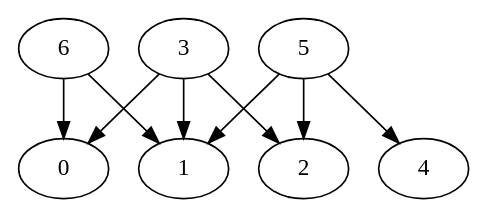
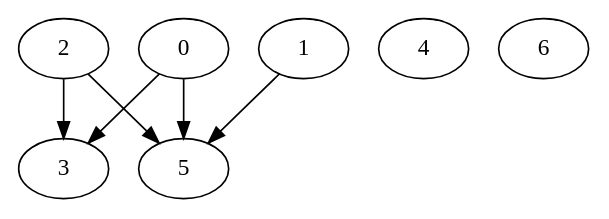
The diagram in utils/apps/app.dot (nreusch/TSNConf), drawn with Graphviz before and after one commit. The commit also changed 10 other files, not shown here.

```diff
--- a/utils/apps/app.dot
+++ b/utils/apps/app.dot
@@ -1,10 +1,9 @@
 digraph dag {
-	3 -> 0;
-	3 -> 1;
-	3 -> 2;
-	5 -> 1;
-	5 -> 2;
-	5 -> 4;
-	6 -> 0;
-	6 -> 1;
+	0 -> 3;
+	0 -> 5;
+	1 -> 5;
+	2 -> 3;
+	2 -> 5;
+	4;
+	6;
 }
```
